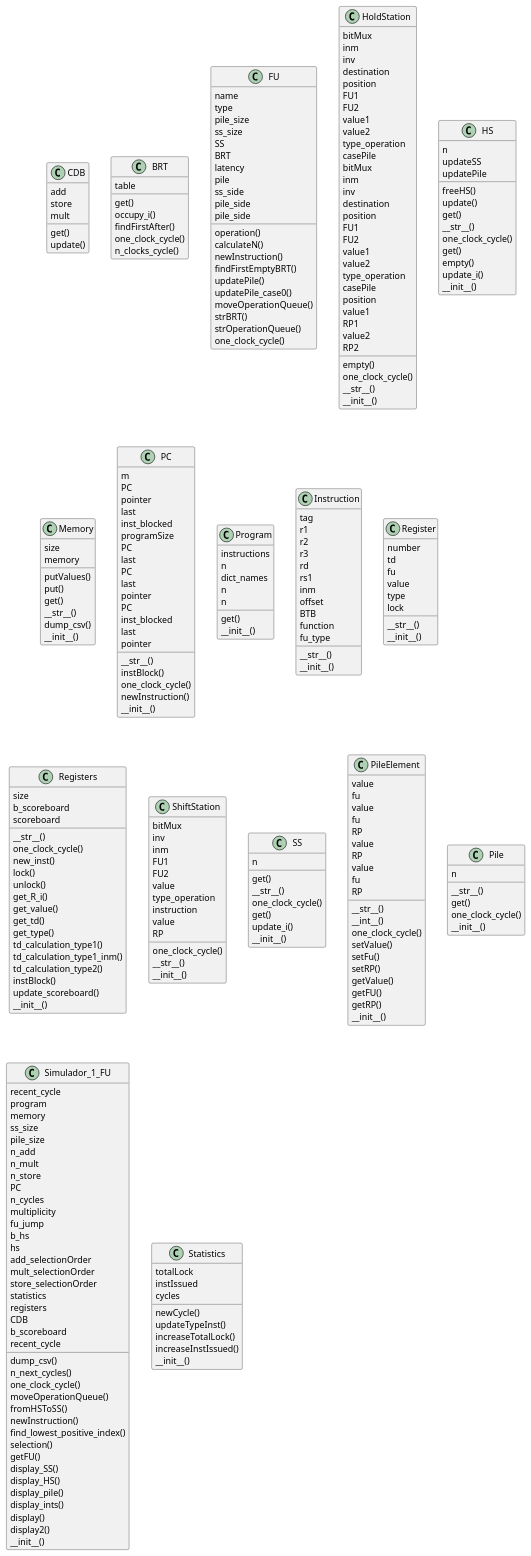
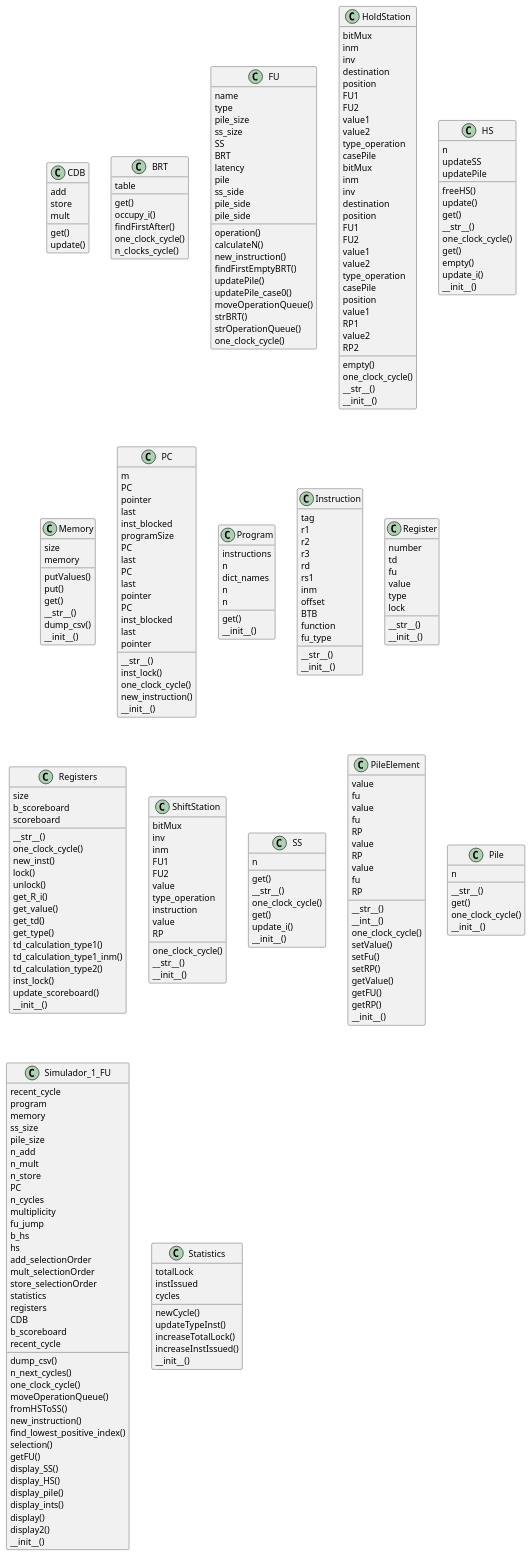
One commit to bellopsal/ChonosPlan changed the diagram in UML/CDB_UML.puml. Above: the diagram before and after it, drawn with PlantUML. The commit also changed 9 other files, not shown here.

```diff
--- a/UML/CDB_UML.puml
+++ b/UML/CDB_UML.puml
@@ -17,7 +17,7 @@
 class FU {
     operation()
     calculateN()
-    newInstruction()
+    new_instruction()
     findFirstEmptyBRT()
     updatePile()
     updatePile_case0()
@@ -96,9 +96,9 @@
 }
 class PC {
     __str__()
-    instBlock()
+    inst_lock()
     one_clock_cycle()
-    newInstruction()
+    new_instruction()
         m
     PC
     pointer
@@ -163,7 +163,7 @@
     td_calculation_type1()
     td_calculation_type1_inm()
     td_calculation_type2()
-    instBlock()
+    inst_lock()
     update_scoreboard()
         size
     b_scoreboard
@@ -229,7 +229,7 @@
     one_clock_cycle()
     moveOperationQueue()
     fromHSToSS()
-    newInstruction()
+    new_instruction()
     find_lowest_positive_index()
     selection()
     getFU()
```
